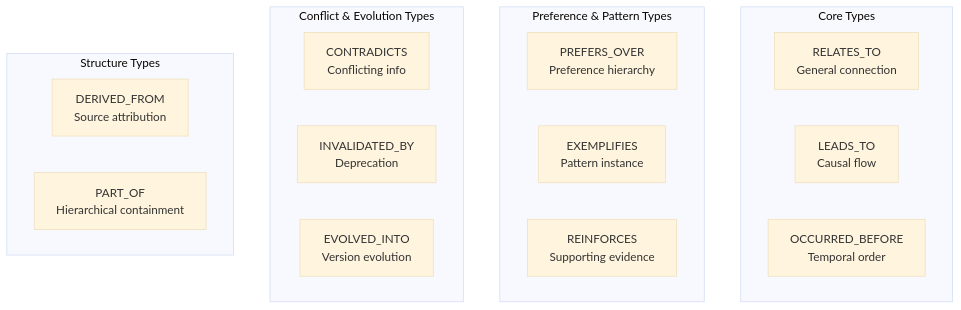
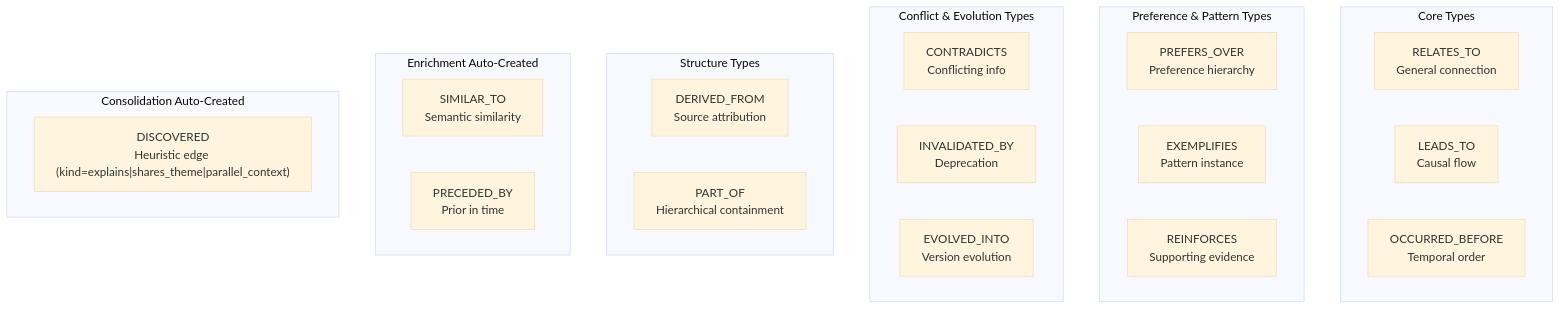
One commit to verygoodplugins/automem-website changed the second of 4 diagrams in src/content/docs/docs/core-concepts/relationship-types.md. Above: the diagram before and after it, drawn with Mermaid (base theme). The commit also changed other lines of this file and 52 other files, not shown here.

````diff
--- a/src/content/docs/docs/core-concepts/relationship-types.md
+++ b/src/content/docs/docs/core-concepts/relationship-types.md
@@ -93,25 +122,34 @@
 ```mermaid
 graph TB
     subgraph "Core Types"
         RELATES["RELATES_TO<br/>General connection"]
         LEADS["LEADS_TO<br/>Causal flow"]
         BEFORE["OCCURRED_BEFORE<br/>Temporal order"]
     end
 
     subgraph "Preference & Pattern Types"
         PREFERS["PREFERS_OVER<br/>Preference hierarchy"]
         EXEMPLIFIES["EXEMPLIFIES<br/>Pattern instance"]
         REINFORCES["REINFORCES<br/>Supporting evidence"]
     end
 
     subgraph "Conflict & Evolution Types"
         CONTRADICTS["CONTRADICTS<br/>Conflicting info"]
         INVALIDATED["INVALIDATED_BY<br/>Deprecation"]
         EVOLVED["EVOLVED_INTO<br/>Version evolution"]
     end
 
     subgraph "Structure Types"
         DERIVED["DERIVED_FROM<br/>Source attribution"]
         PART["PART_OF<br/>Hierarchical containment"]
     end
+
+    subgraph "Enrichment Auto-Created"
+        SIMILAR["SIMILAR_TO<br/>Semantic similarity"]
+        PRECEDED["PRECEDED_BY<br/>Prior in time"]
+    end
+
+    subgraph "Consolidation Auto-Created"
+        DISCOVERED["DISCOVERED<br/>Heuristic edge (kind=explains|shares_theme|parallel_context)"]
+    end
 ```
````
